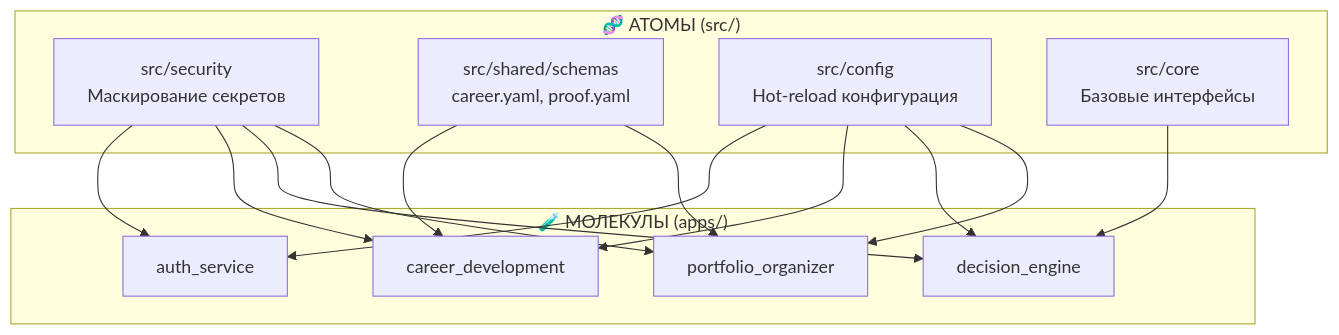
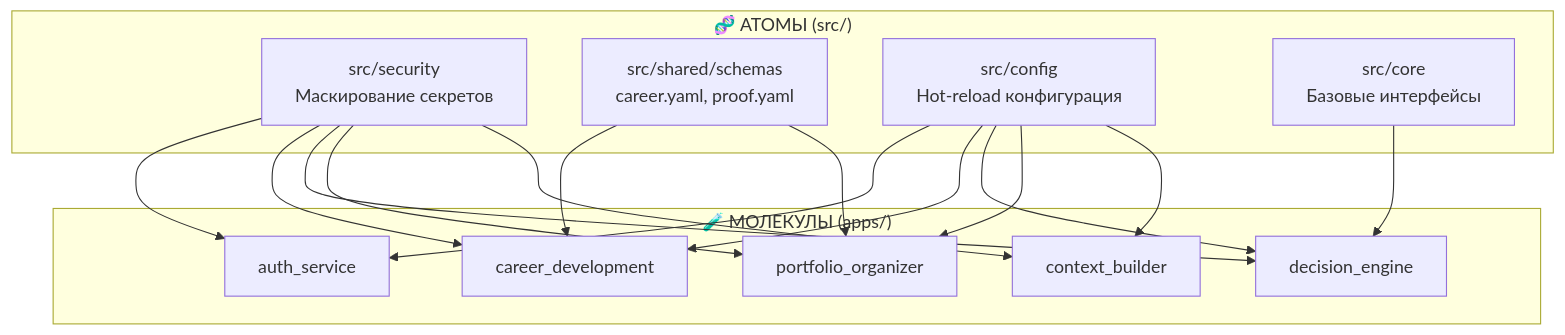
One commit to Control39/portfolio-system-architect changed the second of 2 diagrams in README.md. Above: the diagram before and after it, drawn with Mermaid. The commit also changed other lines of this file and 5 other files, not shown here.

````diff
--- a/README.md
+++ b/README.md
@@ -141,21 +142,22 @@
 ```mermaid
 graph TB
     subgraph "🧬 АТОМЫ (src/)"
         A1[src/security<br/>Маскирование секретов]
         A2[src/shared/schemas<br/>career.yaml, proof.yaml]
         A3[src/config<br/>Hot-reload конфигурация]
         A4[src/core<br/>Базовые интерфейсы]
     end
 
     subgraph "🧪 МОЛЕКУЛЫ (apps/)"
         M1[auth_service]
         M2[career_development]
         M3[decision_engine]
         M4[portfolio_organizer]
+        M5[context_builder]
     end
 
-    A1 --> M1 & M2 & M3 & M4
+    A1 --> M1 & M2 & M3 & M4 & M5
     A2 --> M2 & M4
-    A3 --> M1 & M2 & M3 & M4
+    A3 --> M1 & M2 & M3 & M4 & M5
     A4 --> M3
 ```
````
